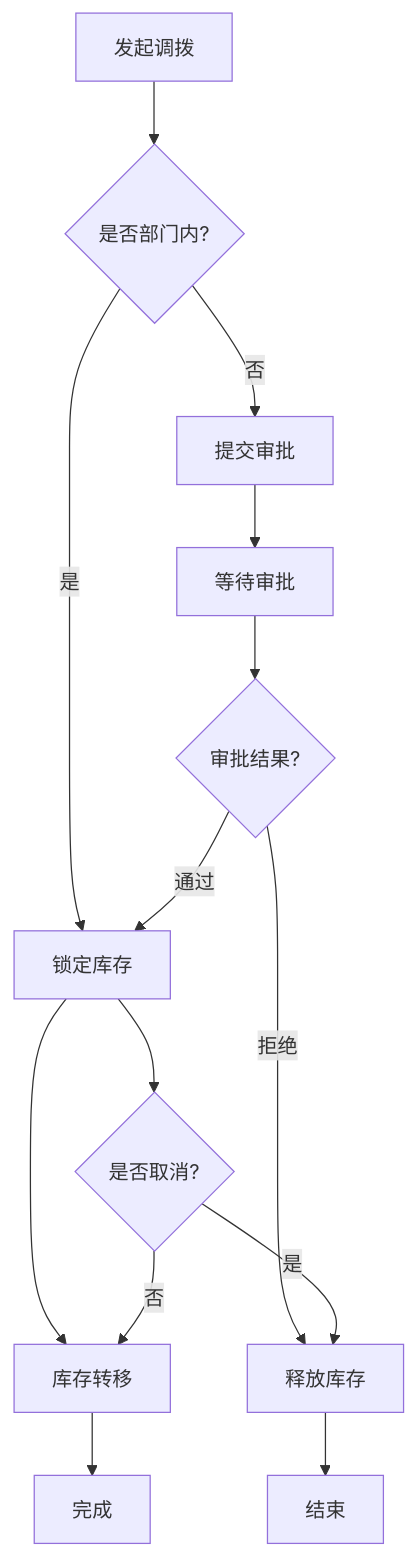
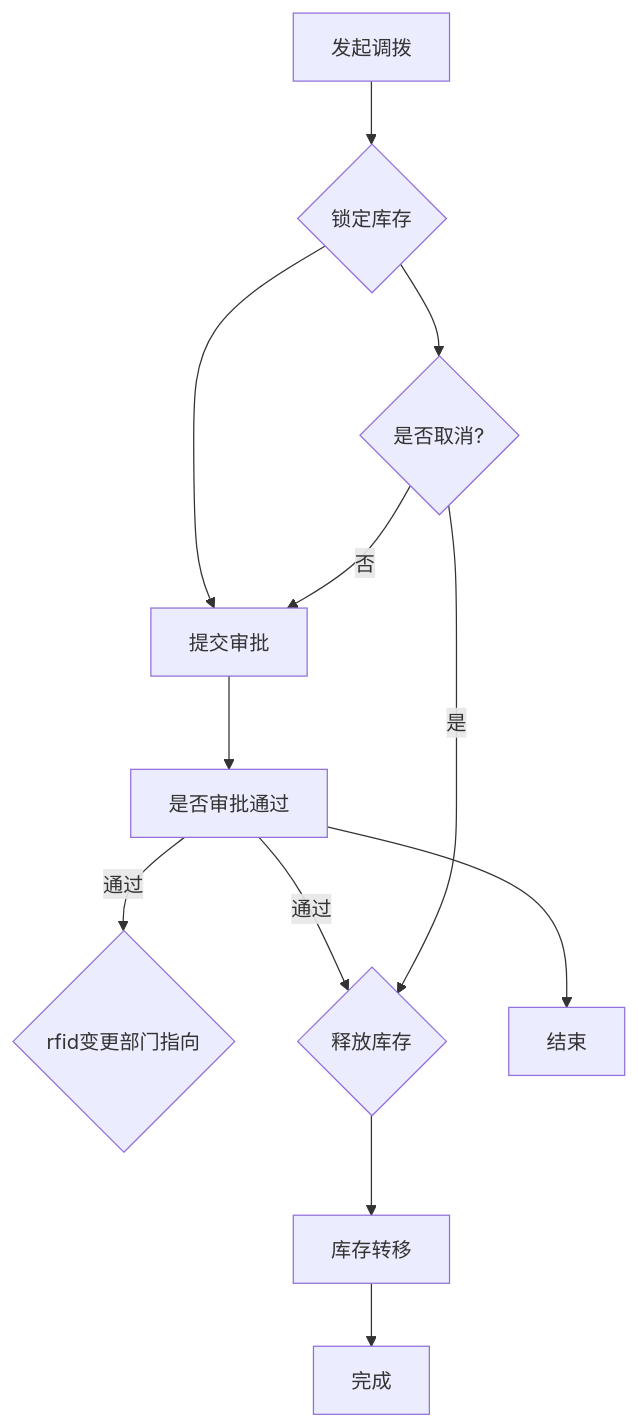
One commit to 1191232345/Axure_ELSA changed the second of 4 diagrams in 虚拟仓/prd.md. Above: the diagram before and after it, drawn with Mermaid. The commit also changed other lines of this file, not shown here.

Commit message:
docs(prd): 更新流程图和账号管理描述
- 简化库存调拨流程图，移除部门内判断步骤
- 更新出库流程中的仓库选择描述
- 修改账号管理功能描述为创建、编辑、删除

````diff
--- a/虚拟仓/prd.md
+++ b/虚拟仓/prd.md
@@ -58,18 +58,16 @@
 ```mermaid
 graph TD
-    A["发起调拨"] --> B{"是否部门内?"}
-    B -->|"是"| C["锁定库存"]
-    B -->|"否"| D["提交审批"]
-    D --> E["等待审批"]
-    E --> F{"审批结果?"}
-    F -->|"通过"| C
-    F -->|"拒绝"| G["释放库存"]
-    C --> H["库存转移"]
-    H --> I["完成"]
-    G --> J["结束"]
+    A["发起调拨"] --> B{"锁定库存"}
+    B --> C["提交审批"]
+    C --> D["是否审批通过"]
+    D --> |"通过"| E{"rfid变更部门指向"}
+    D --> |"通过"| F{"释放库存"}
+    F --> G["库存转移"]
+    G --> H["完成"]
+    D --> I["结束"]
     
     %% 取消流程
-    C --> K{"是否取消?"}
-    K -->|"是"| G
-    K -->|"否"| H
+    B --> K{"是否取消?"}
+    K -->|"是"| F
+    K -->|"否"| C
 ```
````
